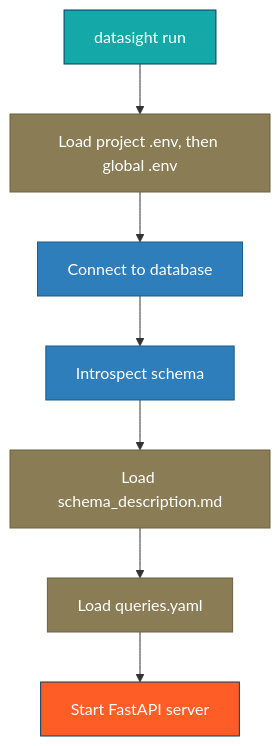
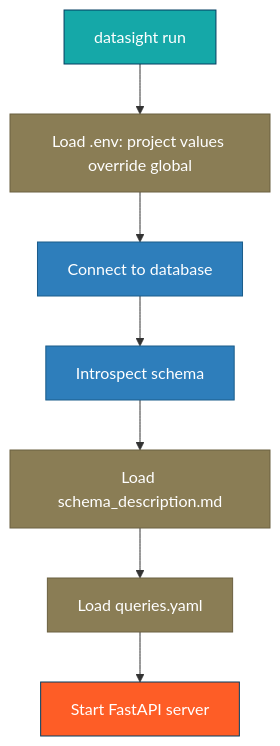
The diagram in docs/project-developer/set-up-project.md (dsgrid/datasight), drawn with Mermaid before and after one commit. The commit also changed 1 other file, not shown here.

Commit message:
Address Copilot review feedback on global env config

````diff
--- a/docs/project-developer/set-up-project.md
+++ b/docs/project-developer/set-up-project.md
@@ -260,17 +260,17 @@
 ```mermaid
 flowchart TB
-    A[datasight run] --> B[Load project .env, then global .env]
+    A[datasight run] --> B[Load .env: project values override global]
     B --> C[Connect to database]
     C --> D[Introspect schema]
     D --> E[Load schema_description.md]
     E --> F[Load queries.yaml]
     F --> G[Start FastAPI server]
 
     style A fill:#15a8a8,stroke:#023d60,color:#fff
     style B fill:#8a7d55,stroke:#6b6040,color:#fff
     style C fill:#2e7ebb,stroke:#1a5c8a,color:#fff
     style D fill:#2e7ebb,stroke:#1a5c8a,color:#fff
     style E fill:#8a7d55,stroke:#6b6040,color:#fff
     style F fill:#8a7d55,stroke:#6b6040,color:#fff
     style G fill:#fe5d26,stroke:#023d60,color:#fff
 ```
````
